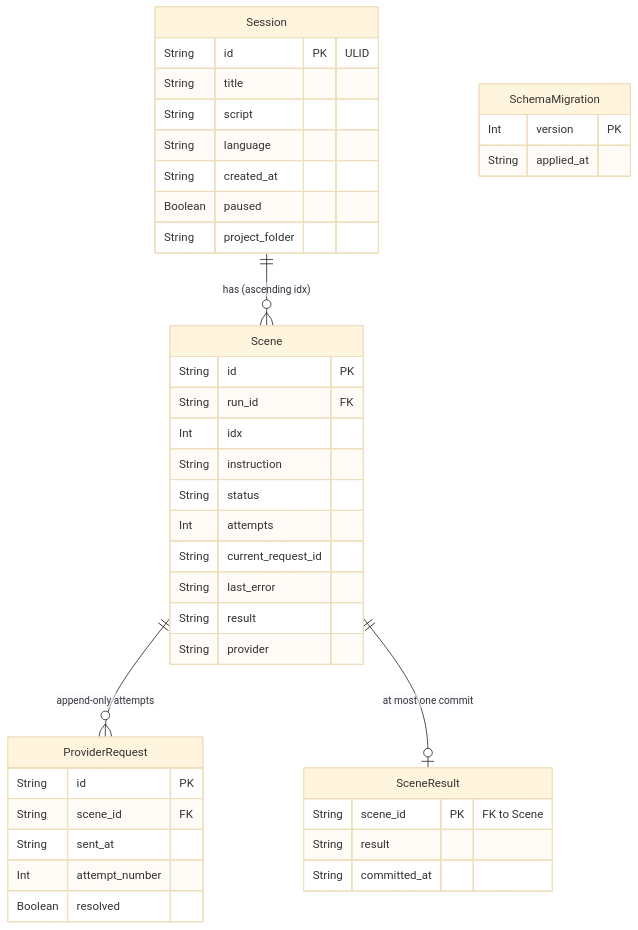
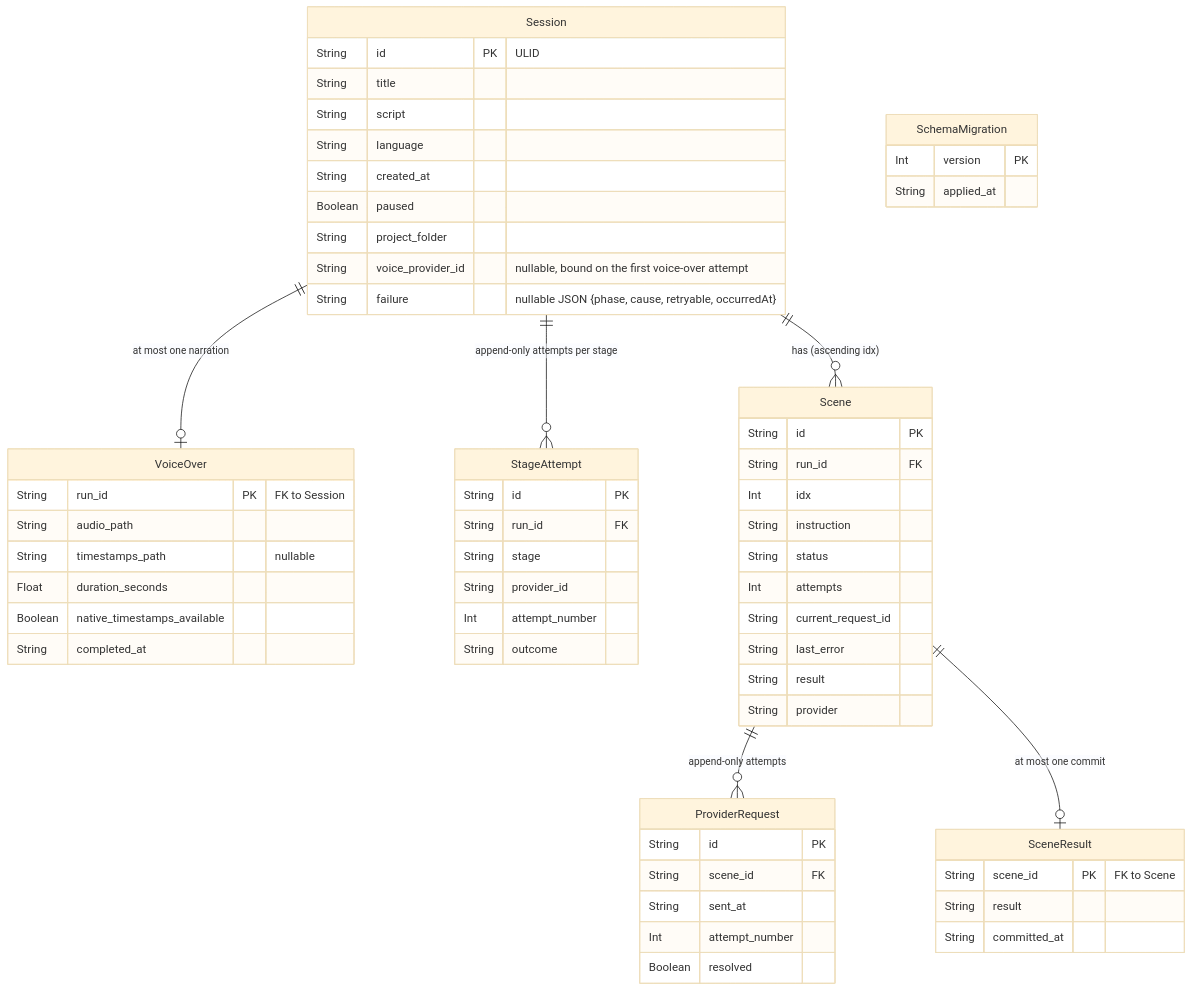
The diagram in docs/data-model.md (TonyMElguezabal/AI4Devs-finalproject), drawn with Mermaid (base theme) before and after one commit. The commit also changed other lines of this file and 3 other files, not shown here.

````diff
--- a/docs/data-model.md
+++ b/docs/data-model.md
@@ -156,44 +175,64 @@
 ```mermaid
 erDiagram
     Session {
         String id PK "ULID"
         String title
         String script
         String language
         String created_at
         Boolean paused
         String project_folder
+        String voice_provider_id "nullable, bound on the first voice-over attempt"
+        String failure "nullable JSON {phase, cause, retryable, occurredAt}"
+    }
+    VoiceOver {
+        String run_id PK "FK to Session"
+        String audio_path
+        String timestamps_path "nullable"
+        Float duration_seconds
+        Boolean native_timestamps_available
+        String completed_at
+    }
+    StageAttempt {
+        String id PK
+        String run_id FK
+        String stage
+        String provider_id
+        Int attempt_number
+        String outcome
     }
     Scene {
         String id PK
         String run_id FK
         Int idx
         String instruction
         String status
         Int attempts
         String current_request_id
         String last_error
         String result
         String provider
     }
     ProviderRequest {
         String id PK
         String scene_id FK
         String sent_at
         Int attempt_number
         Boolean resolved
     }
     SceneResult {
         String scene_id PK "FK to Scene"
         String result
         String committed_at
     }
     SchemaMigration {
         Int version PK
         String applied_at
     }
 
     Session ||--o{ Scene : "has (ascending idx)"
+    Session ||--o| VoiceOver : "at most one narration"
+    Session ||--o{ StageAttempt : "append-only attempts per stage"
     Scene ||--o{ ProviderRequest : "append-only attempts"
     Scene ||--o| SceneResult : "at most one commit"
 ```
````
